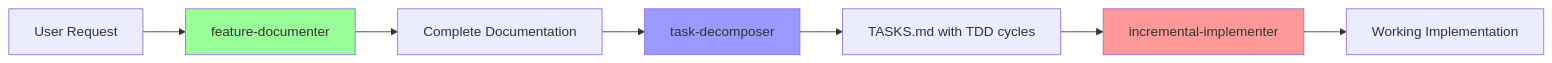
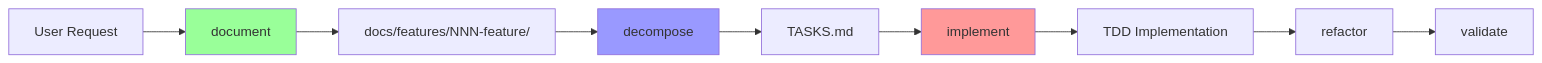
Before and after one commit to movingChurch/global-claude-settings: the diagram in CLAUDE.md, drawn with Mermaid. The commit also changed other lines of this file, not shown here.

````diff
--- a/CLAUDE.md
+++ b/CLAUDE.md
@@ -223,13 +18,15 @@
 ```mermaid
 graph LR
-    A[User Request] --> B[feature-documenter]
-    B --> C[Complete Documentation]
-    C --> D[task-decomposer]
-    D --> E[TASKS.md with TDD cycles]
-    E --> F[incremental-implementer]
-    F --> G[Working Implementation]
+    A[User Request] --> B[document]
+    B --> C[docs/features/NNN-feature/]
+    C --> D[decompose]
+    D --> E[TASKS.md]
+    E --> F[implement]
+    F --> G[TDD Implementation]
+    G --> H[refactor]
+    H --> I[validate]
     
     style B fill:#9f9
     style D fill:#99f
     style F fill:#f99
 ```
````
